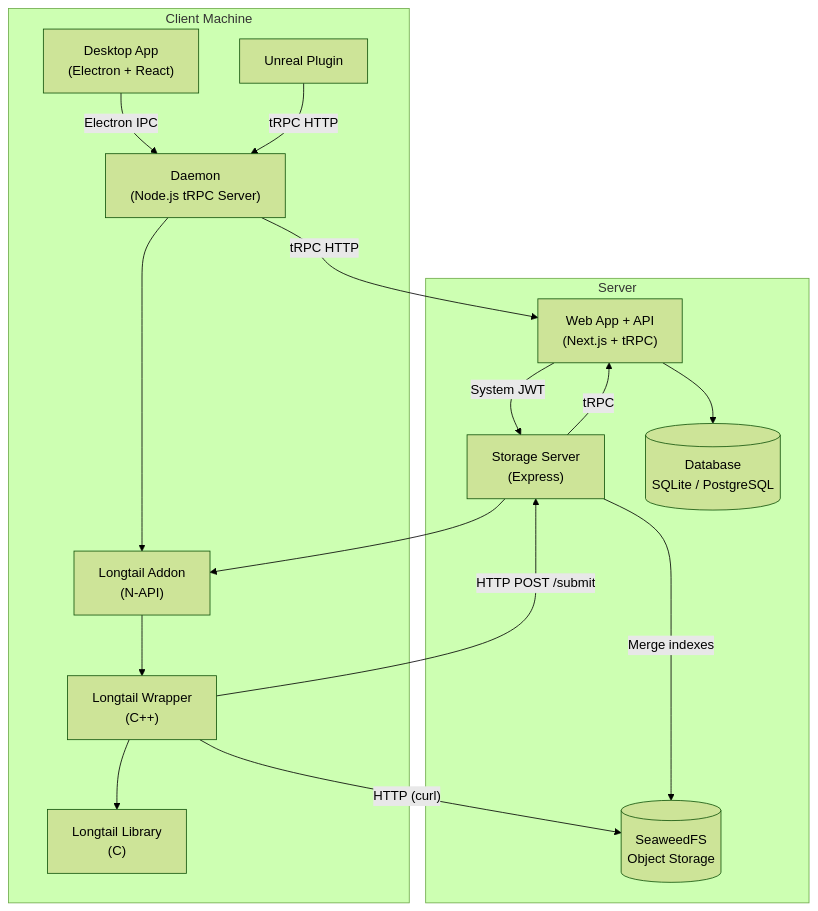
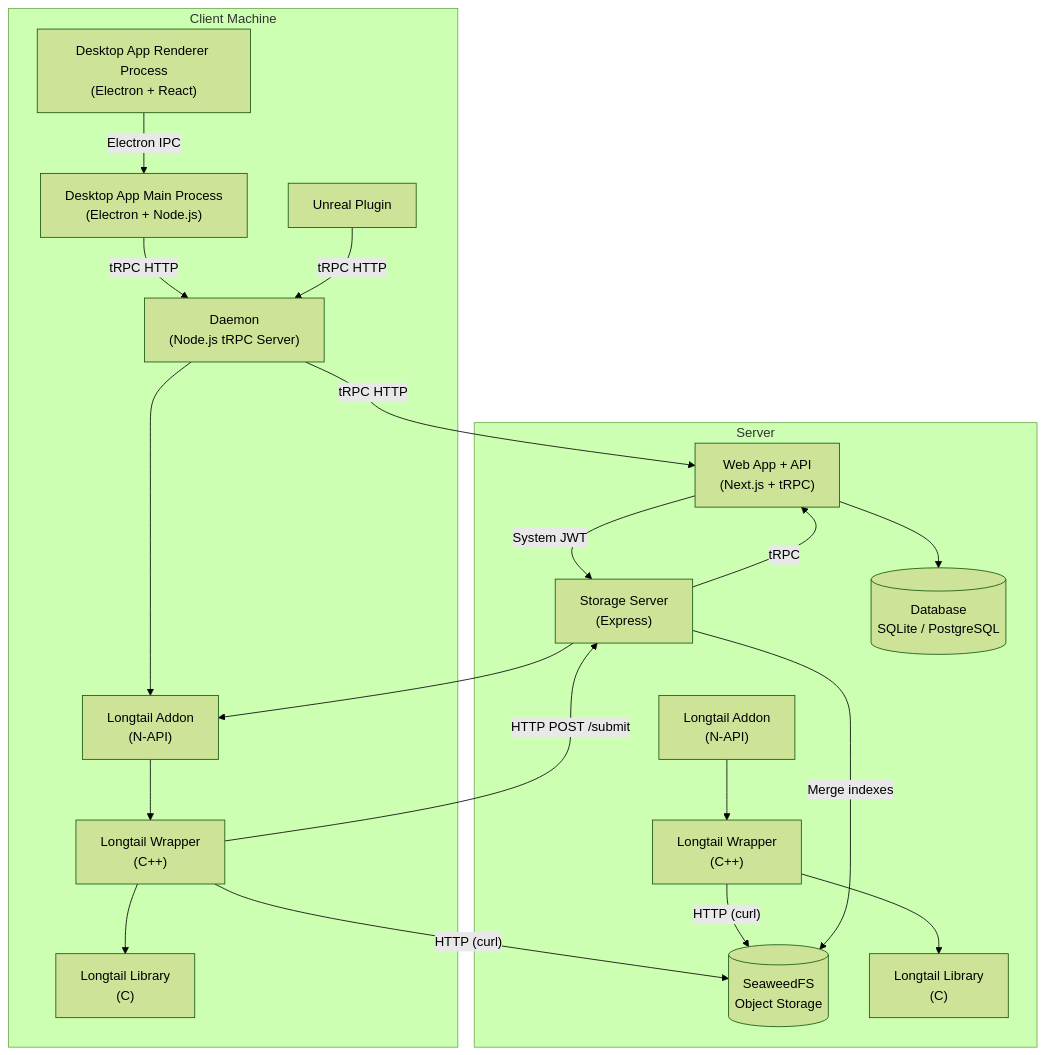
The first of 3 diagrams in README.md (Incanta/Checkpoint), drawn with Mermaid (forest theme) before and after one commit.

Commit message:
update the readme mermaid chart

````diff
--- a/README.md
+++ b/README.md
@@ -76,32 +76,40 @@
 ```mermaid
 graph TB
     subgraph Client["Client Machine"]
-        Desktop["Desktop App<br/>(Electron + React)"]
+        DesktopRenderer["Desktop App Renderer Process<br/>(Electron + React)"]
+        DesktopMain["Desktop App Main Process<br/>(Electron + Node.js)"]
         Unreal["Unreal Plugin"]
         Daemon["Daemon<br/>(Node.js tRPC Server)"]
         LongtailAddon["Longtail Addon<br/>(N-API)"]
         LongtailWrapper["Longtail Wrapper<br/>(C++)"]
         LongtailLib["Longtail Library<br/>(C)"]
     end
 
     subgraph Server["Server"]
         WebApp["Web App + API<br/>(Next.js + tRPC)"]
         StorageServer["Storage Server<br/>(Express)"]
         DB[(Database<br/>SQLite / PostgreSQL)]
         SeaweedFS[(SeaweedFS<br/>Object Storage)]
+        LongtailAddonServer["Longtail Addon<br/>(N-API)"]
+        LongtailWrapperServer["Longtail Wrapper<br/>(C++)"]
+        LongtailLibServer["Longtail Library<br/>(C)"]
     end
 
-    Desktop -- "Electron IPC" --> Daemon
+    DesktopRenderer -- "Electron IPC" --> DesktopMain
+    DesktopMain -- "tRPC HTTP" --> Daemon
     Unreal -- "tRPC HTTP" --> Daemon
     Daemon -- "tRPC HTTP" --> WebApp
     Daemon --> LongtailAddon
     LongtailAddon --> LongtailWrapper
     LongtailWrapper --> LongtailLib
     LongtailWrapper -- "HTTP (curl)" --> SeaweedFS
     LongtailWrapper -- "HTTP POST /submit" --> StorageServer
+    LongtailAddonServer --> LongtailWrapperServer
+    LongtailWrapperServer --> LongtailLibServer
+    LongtailWrapperServer -- "HTTP (curl)" --> SeaweedFS
     StorageServer --> LongtailAddon
     StorageServer -- "Merge indexes" --> SeaweedFS
     StorageServer -- "tRPC" --> WebApp
     WebApp --> DB
     WebApp -- "System JWT" --> StorageServer
 ```
````
